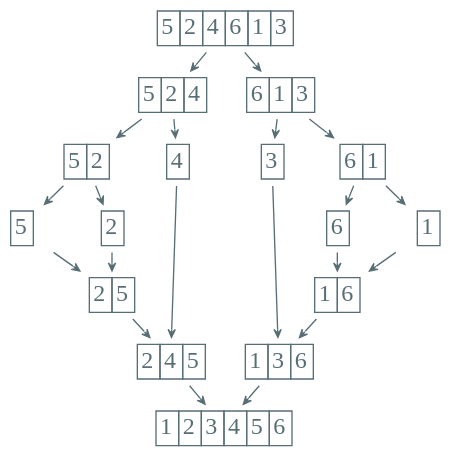
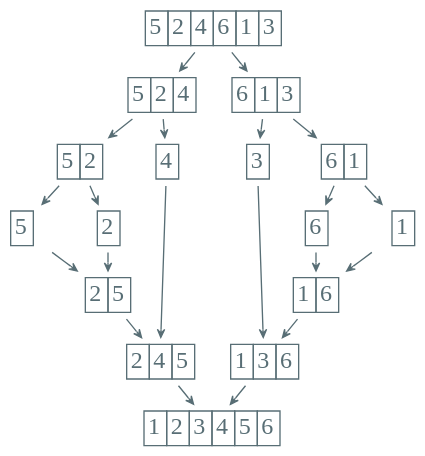
One commit to Avanti1980/course-alg changed the diagram in dot/sorting/merge-sort.dot. Above: the diagram before and after it, drawn with Graphviz. The commit also changed 36 other files, not shown here.

```diff
--- a/dot/sorting/merge-sort.dot
+++ b/dot/sorting/merge-sort.dot
@@ -1,104 +1,104 @@
 digraph g {
     bgcolor="transparent";
-    graph [nodesep=0.2, ranksep=0.2];
+    graph [nodesep=0.15, ranksep=0.2];
     rankdir="TB";
     node [shape="none", color="#586e75", fontcolor="#586e75", fontsize=18, fontname="YsabeauText, FZFWZhuZiGuDianSLMC"];
     edge [arrowhead="vee", color="#586e75", fontcolor="#268bd2", fontsize=16, fontname="YsabeauText, FZFWZhuZiGuDianSLMC", arrowsize=0.6];
     n1 [label=<<table width="3" cellspacing="0" border="0"><tr>
        <td border="1">5</td>
        <td border="1">2</td>
        <td border="1">4</td>
        <td border="1">6</td>
        <td border="1">1</td>
        <td border="1">3</td>
        </tr></table>>];
     n2 [label=<<table cellspacing="0" border="0"><tr>
        <td border="1">5</td>
        <td border="1">2</td>
        <td border="1">4</td>
        </tr></table>>];
     n3 [label=<<table cellspacing="0" border="0"><tr>
        <td border="1">6</td>
        <td border="1">1</td>
        <td border="1">3</td>
        </tr></table>>];
     n1 -> n2;
     n1 -> n3;
     n4 [label=<<table cellspacing="0" border="0"><tr>
        <td border="1">5</td>
        <td border="1">2</td>
        </tr></table>>];
     n5 [label=<<table cellspacing="0" border="0"><tr>
        <td border="1">4</td>
        </tr></table>>];
     n2 -> n4;
     n2 -> n5;
     n7 [label=<<table cellspacing="0" border="0"><tr>
        <td border="1">3</td>
        </tr></table>>];
     n6 [label=<<table cellspacing="0" border="0"><tr>
        <td border="1">6</td>
        <td border="1">1</td>
        </tr></table>>];
     n3 -> n6;
     n3 -> n7;
     {
         rank="same";
         n4;
         n5;
         n6;
         n7;
     }
     n8 [label=<<table cellspacing="0" border="0"><tr>
        <td border="1">5</td>
        </tr></table>>];
     n9 [label=<<table cellspacing="0" border="0"><tr>
        <td border="1">2</td>
        </tr></table>>];
     n4 -> n8;
     n4 -> n9;
     n10 [label=<<table cellspacing="0" border="0"><tr>
        <td border="1">6</td>
        </tr></table>>];
     n11 [label=<<table cellspacing="0" border="0"><tr>
        <td border="1">1</td>
        </tr></table>>];
     n6 -> n10;
     n6 -> n11;
     n12 [label=<<table cellspacing="0" border="0"><tr>
        <td border="1">2</td>
        <td border="1">5</td>
        </tr></table>>];
     n8 -> n12;
     n9 -> n12;
     n13 [label=<<table cellspacing="0" border="0"><tr>
        <td border="1">1</td>
        <td border="1">6</td>
        </tr></table>>];
     n10 -> n13;
     n11 -> n13;
     n14 [label=<<table cellspacing="0" border="0"><tr>
        <td border="1">2</td>
        <td border="1">4</td>
        <td border="1">5</td>
        </tr></table>>];
     n5 -> n14;
     n12 -> n14;
     n15 [label=<<table cellspacing="0" border="0"><tr>
        <td border="1">1</td>
        <td border="1">3</td>
        <td border="1">6</td>
        </tr></table>>];
     n7 -> n15;
     n13 -> n15;
     n16 [label=<<table cellspacing="0" border="0"><tr>
        <td border="1">1</td>
        <td border="1">2</td>
        <td border="1">3</td>
        <td border="1">4</td>
        <td border="1">5</td>
        <td border="1">6</td>
        </tr></table>>];
     n14 -> n16;
     n15 -> n16;
 }
```
